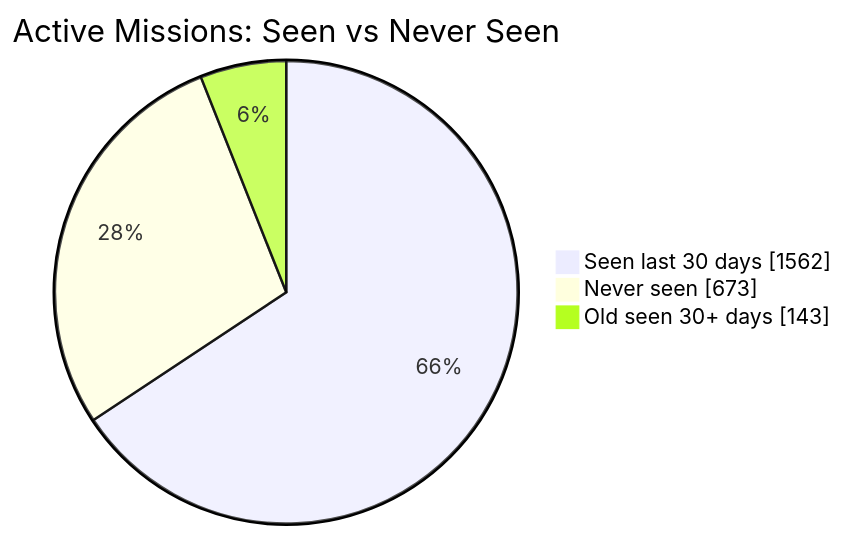
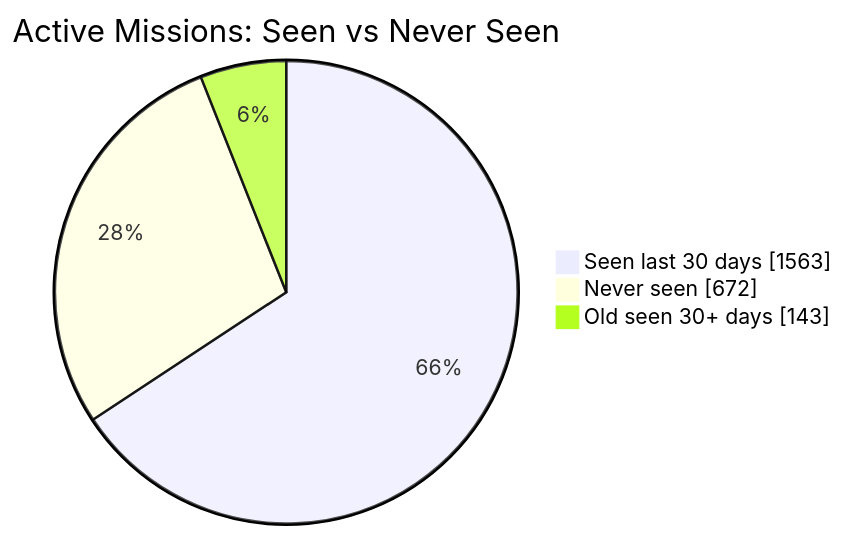
One commit to MeldkamerspelGameTeam/active-missions changed the first of 2 diagrams in README.md. Above: the diagram before and after it, drawn with Mermaid. The commit also changed other lines of this file and 2 other files, not shown here.

````diff
--- a/README.md
+++ b/README.md
@@ -34,7 +34,7 @@
 ```mermaid
 pie showData
     title Active Missions: Seen vs Never Seen
-    "Seen last 30 days" : 1562
-    "Never seen" : 673
+    "Seen last 30 days" : 1563
+    "Never seen" : 672
     "Old seen 30+ days" : 143
 ```
````
